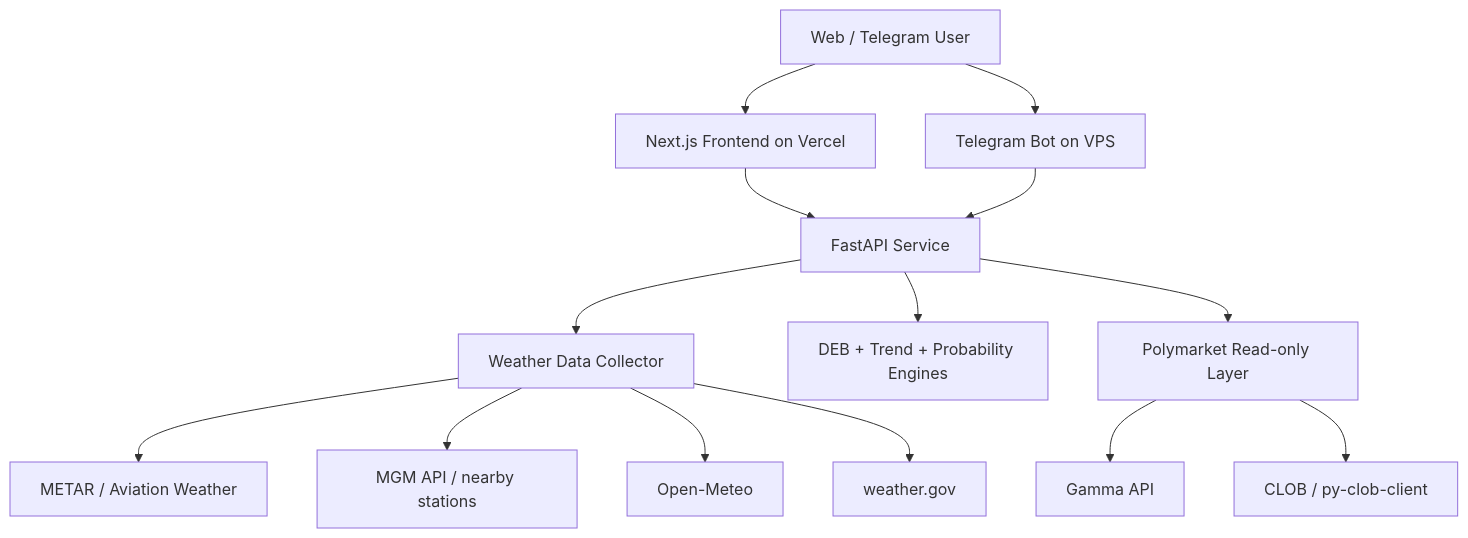
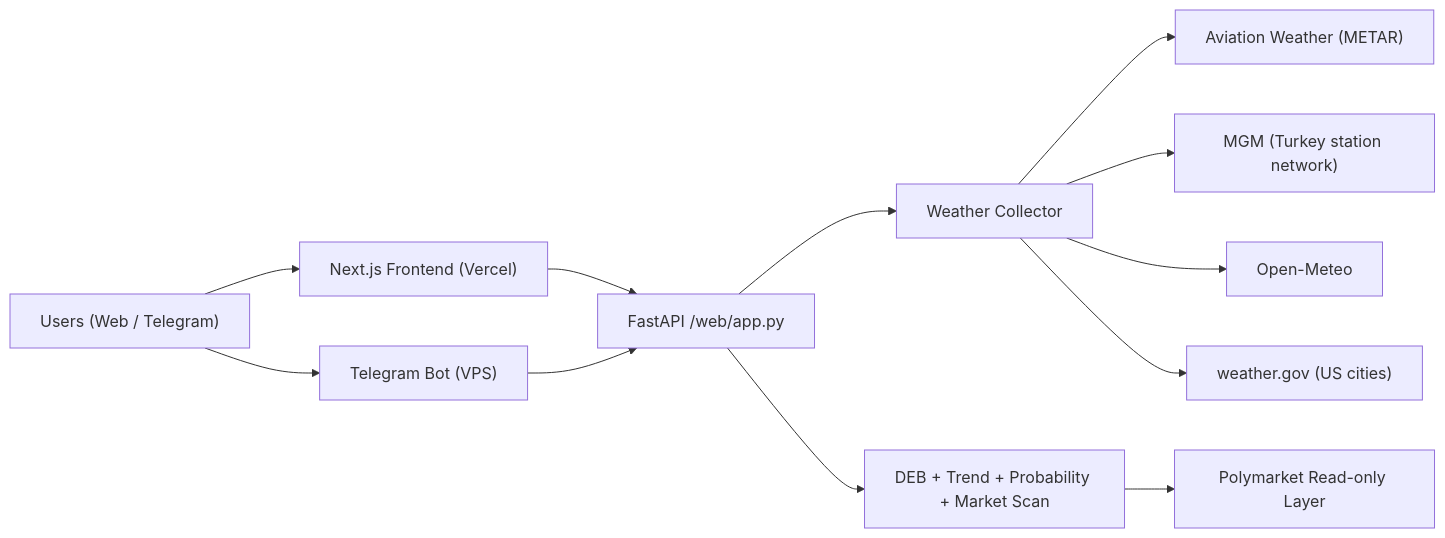
One commit to ivanmladek/PolyWeather changed the first of 2 diagrams in README.md. Above: the diagram before and after it, drawn with Mermaid. The commit also changed other lines of this file and 7 other files, not shown here.

````diff
--- a/README.md
+++ b/README.md
@@ -70,18 +27,16 @@
 ```mermaid
-graph TD
-    User[Web / Telegram User] --> FE[Next.js Frontend on Vercel]
-    User --> Bot[Telegram Bot on VPS]
-    FE --> API[FastAPI Service]
-    Bot --> API
+flowchart LR
+    U["Users (Web / Telegram)"] --> FE["Next.js Frontend (Vercel)"]
+    U --> BOT["Telegram Bot (VPS)"]
+    FE --> API["FastAPI /web/app.py"]
+    BOT --> API
 
-    API --> WX[Weather Data Collector]
-    WX --> METAR[METAR / Aviation Weather]
-    WX --> MGM[MGM API / nearby stations]
-    WX --> OM[Open-Meteo]
-    WX --> NWS[weather.gov]
+    API --> WX["Weather Collector"]
+    WX --> METAR["Aviation Weather (METAR)"]
+    WX --> MGM["MGM (Turkey station network)"]
+    WX --> OM["Open-Meteo"]
+    WX --> NWS["weather.gov (US cities)"]
 
-    API --> DEB[DEB + Trend + Probability Engines]
-    API --> PM[Polymarket Read-only Layer]
-    PM --> Gamma[Gamma API]
-    PM --> CLOB[CLOB / py-clob-client]
+    API --> ANALYSIS["DEB + Trend + Probability + Market Scan"]
+    ANALYSIS --> PM["Polymarket Read-only Layer"]
 ```
````
